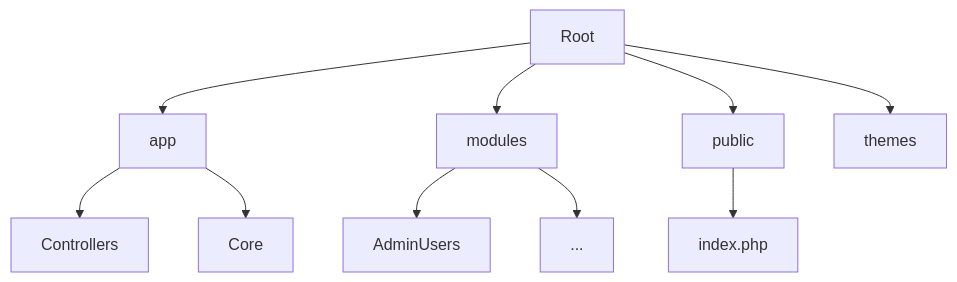
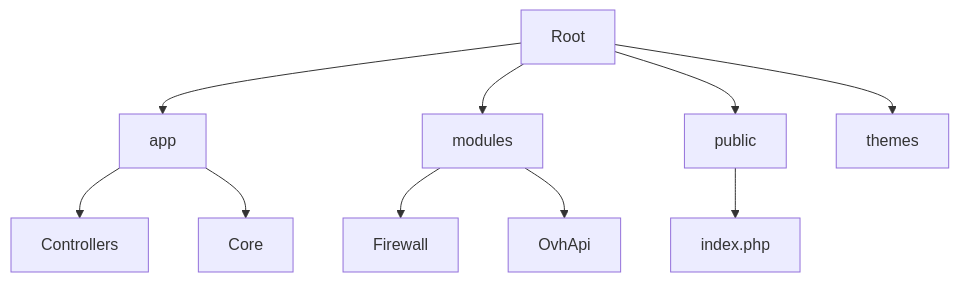
Before and after one commit to bastivanconsulting/CSHC_WEB: the diagram in README.md, drawn with Mermaid. The commit also changed other lines of this file, not shown here.

First line of the commit message:
Implement Math Captcha for suspicious IP detection in Firewall.

````diff
--- a/README.md
+++ b/README.md
@@ -31,12 +35,12 @@
 ```mermaid
 graph TD;
     Root-->app;
     Root-->modules;
     Root-->public;
     Root-->themes;
     app-->Controllers;
     app-->Core;
-    modules-->AdminUsers;
-    modules-->...;
+    modules-->Firewall;
+    modules-->OvhApi;
     public-->index.php;
 ```
````
